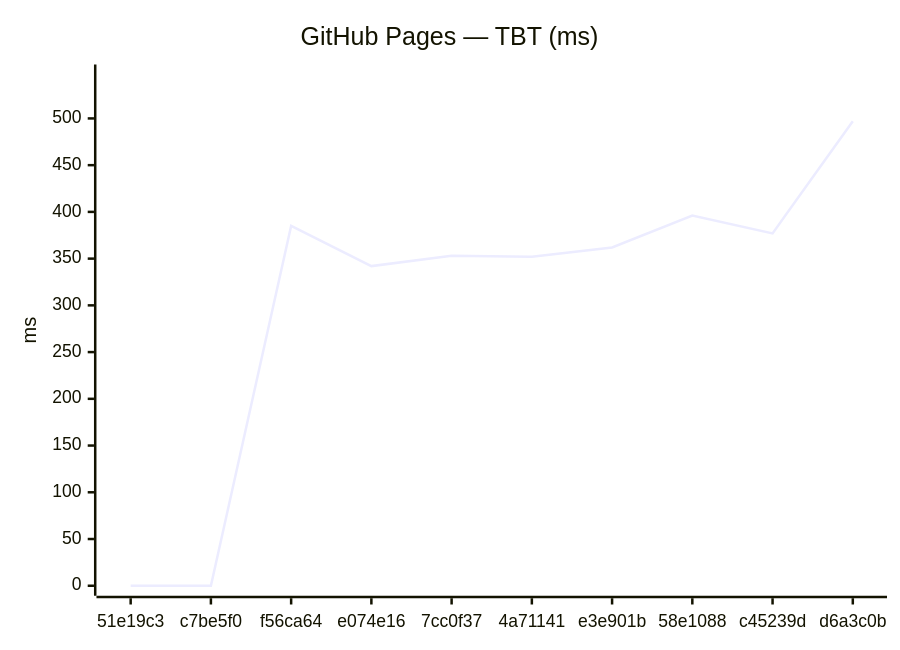
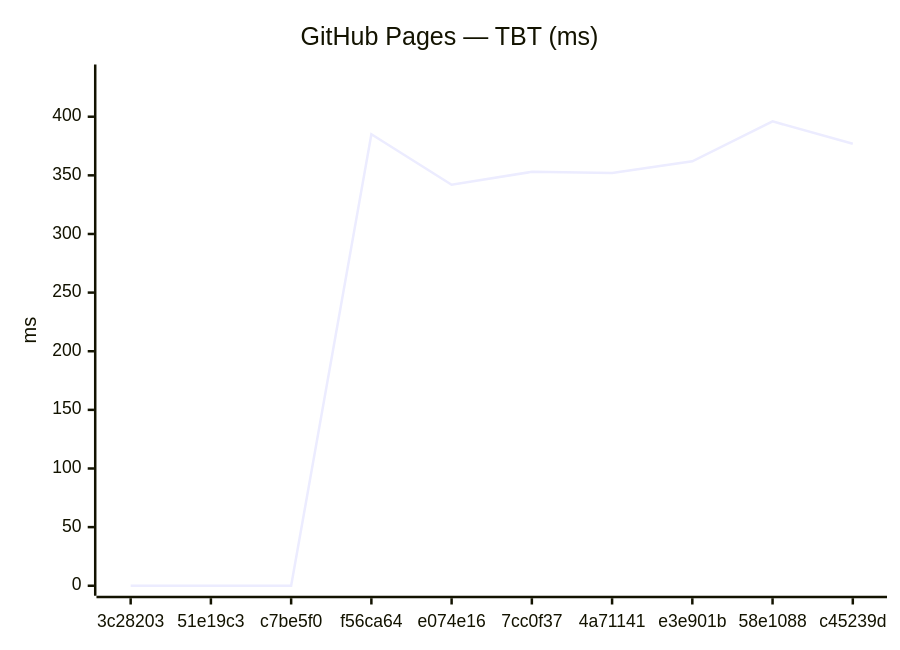
One commit to Metaheurist/Rianell changed the fourth of 18 diagrams in benchmarks/compare.md. Above: the diagram before and after it, drawn with Mermaid. The commit also changed other lines of this file and 11 other files, not shown here.

````diff
--- a/benchmarks/compare.md
+++ b/benchmarks/compare.md
@@ -61,7 +61,7 @@
 ```mermaid
 xychart-beta
     title "GitHub Pages — TBT (ms)"
-    x-axis ["51e19c3", "c7be5f0", "f56ca64", "e074e16", "7cc0f37", "4a71141", "e3e901b", "58e1088", "c45239d", "d6a3c0b"]
-    y-axis "ms" 0 --> 547
-    line [0, 0, 385, 342, 353, 352, 362, 396, 377, 497]
+    x-axis ["3c28203", "51e19c3", "c7be5f0", "f56ca64", "e074e16", "7cc0f37", "4a71141", "e3e901b", "58e1088", "c45239d"]
+    y-axis "ms" 0 --> 436
+    line [0, 0, 0, 385, 342, 353, 352, 362, 396, 377]
 ```
````
